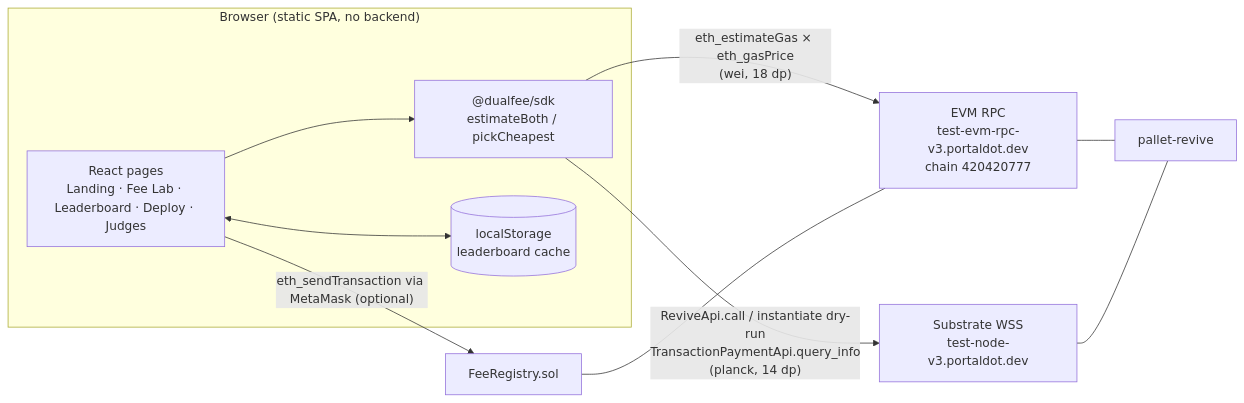
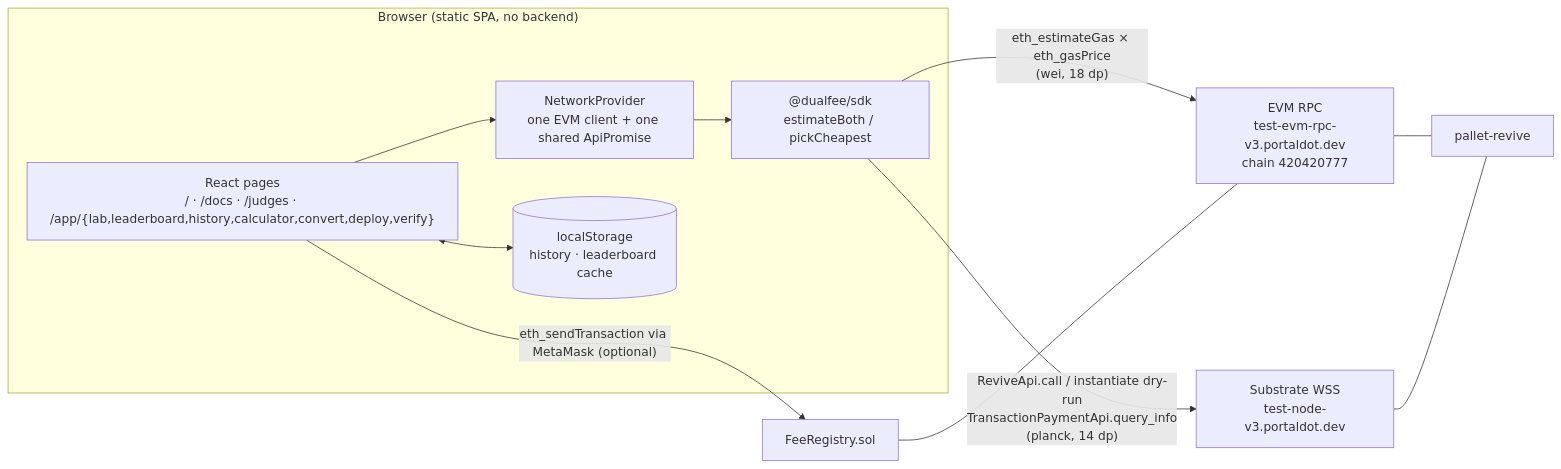
The diagram in README.md (Firzadf/dualfee), drawn with Mermaid before and after one commit. The commit also changed other lines of this file and 8 other files, not shown here.

````diff
--- a/README.md
+++ b/README.md
@@ -52,16 +90,17 @@
 ```mermaid
 flowchart LR
   subgraph Browser["Browser (static SPA, no backend)"]
-    UI["React pages<br/>Landing · Fee Lab · Leaderboard · Deploy · Judges"]
+    UI["React pages<br/>/ · /docs · /judges · /app/{lab,leaderboard,history,calculator,convert,deploy,verify}"]
+    NP["NetworkProvider<br/>one EVM client + one shared ApiPromise"]
     SDK["@dualfee/sdk<br/>estimateBoth / pickCheapest"]
-    LS[("localStorage<br/>leaderboard cache")]
-    UI --> SDK
+    LS[("localStorage<br/>history · leaderboard cache")]
+    UI --> NP --> SDK
     UI <--> LS
   end
   SDK -- "eth_estimateGas × eth_gasPrice<br/>(wei, 18 dp)" --> EVM["EVM RPC<br/>test-evm-rpc-v3.portaldot.dev<br/>chain 420420777"]
   SDK -- "ReviveApi.call / instantiate dry-run<br/>TransactionPaymentApi.query_info<br/>(planck, 14 dp)" --> SUB["Substrate WSS<br/>test-node-v3.portaldot.dev"]
   EVM --- REV["pallet-revive"]
   SUB --- REV
   UI -- "eth_sendTransaction via MetaMask (optional)" --> REG["FeeRegistry.sol"]
   REG --- EVM
 ```
````
